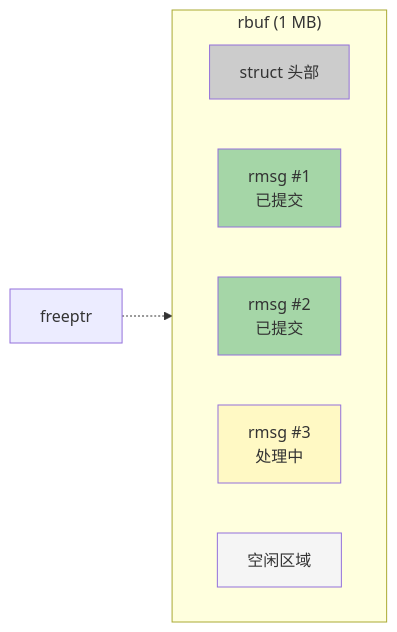
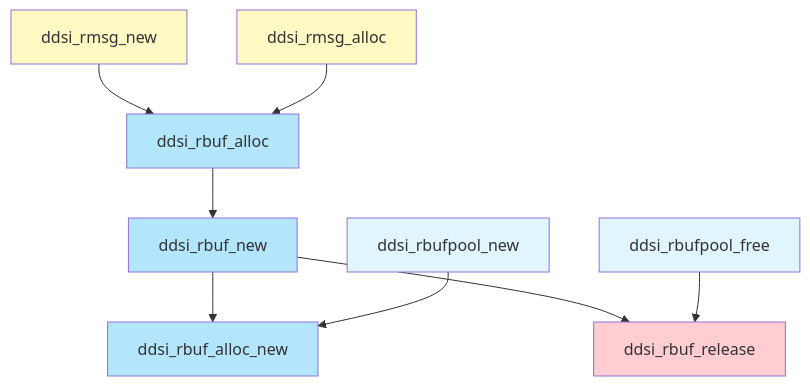
Before and after one commit to Learner-Geek-Perfectionist/Cyclone-DDS-Study: the second of 3 diagrams in study/rbuf-memory-model/01-rbufpool-rbuf.md, drawn with Mermaid. The commit also changed other lines of this file and 1514 other files, not shown here.

````diff
--- a/study/rbuf-memory-model/01-rbufpool-rbuf.md
+++ b/study/rbuf-memory-model/01-rbufpool-rbuf.md
@@ -132,17 +60,20 @@
 ```mermaid
-graph LR
-    subgraph rbuf["rbuf (1 MB)"]
-        direction LR
-        H["struct 头部"]
-        R1["rmsg #1<br/>已提交"]
-        R2["rmsg #2<br/>已提交"]
-        R3["rmsg #3<br/>处理中"]
-        FREE["空闲区域"]
-    end
-    FP["freeptr"] -.-> FREE
-    style H fill:#ccc
-    style R1 fill:#a5d6a7
-    style R2 fill:#a5d6a7
-    style R3 fill:#fff9c4
-    style FREE fill:#f5f5f5
+graph TD
+    rmsg_new["ddsi_rmsg_new"] --> rbuf_alloc["ddsi_rbuf_alloc"]
+    rmsg_alloc["ddsi_rmsg_alloc"] --> rbuf_alloc
+    rbuf_alloc --> rbuf_new["ddsi_rbuf_new"]
+    rbuf_new --> rbuf_alloc_new["ddsi_rbuf_alloc_new"]
+    rbuf_new --> rbuf_release["ddsi_rbuf_release"]
+
+    pool_new["ddsi_rbufpool_new"] --> rbuf_alloc_new
+    pool_free["ddsi_rbufpool_free"] --> rbuf_release
+
+    style rmsg_new fill:#fff9c4
+    style rmsg_alloc fill:#fff9c4
+    style rbuf_alloc fill:#b3e5fc
+    style rbuf_new fill:#b3e5fc
+    style rbuf_alloc_new fill:#b3e5fc
+    style rbuf_release fill:#ffcdd2
+    style pool_new fill:#e1f5fe
+    style pool_free fill:#e1f5fe
 ```
````
